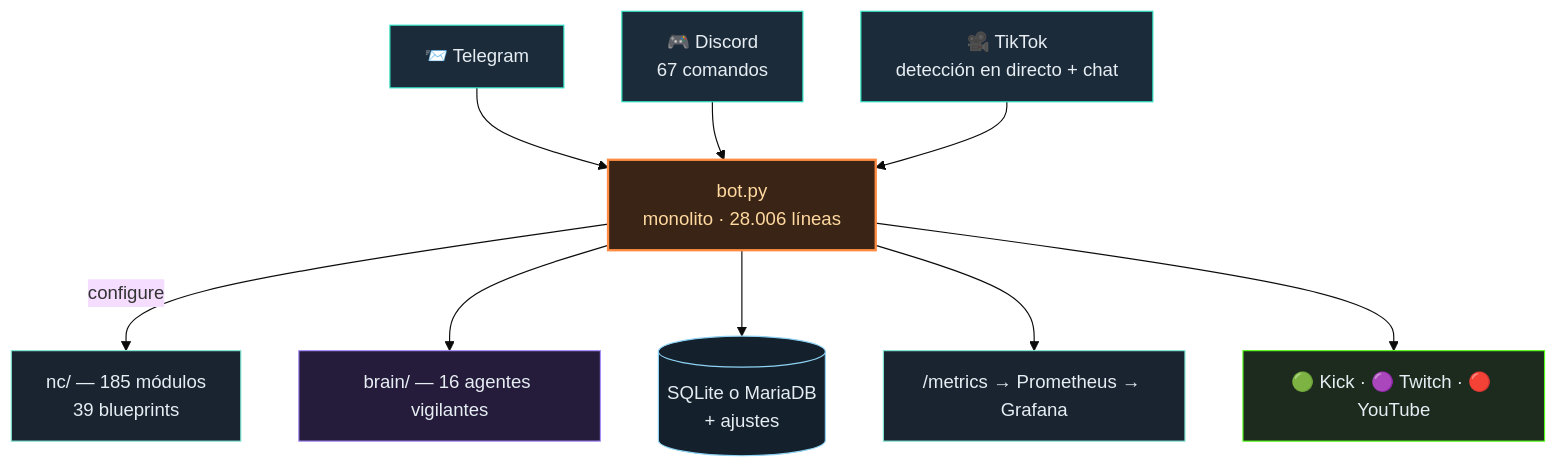
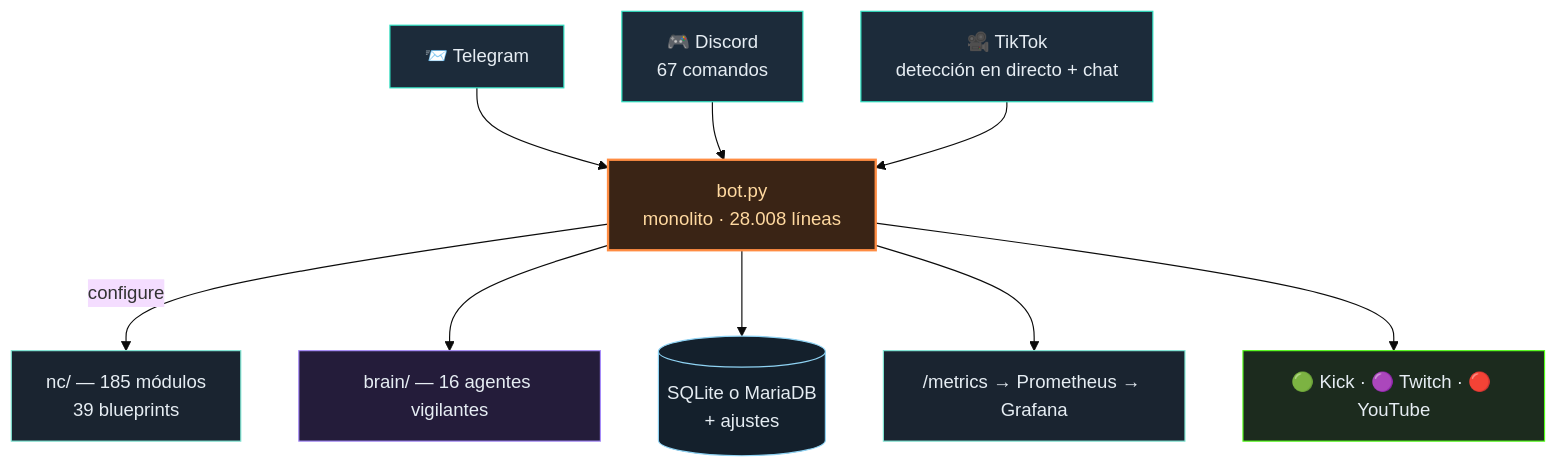
Before and after one commit to itsamemedev/Telegram-Stream-Info-Bot: the diagram in README.es.md, drawn with Mermaid (base theme). The commit also changed 11 other files, not shown here.

````diff
--- a/README.es.md
+++ b/README.es.md
@@ -64,18 +64,18 @@
 ```mermaid
 flowchart TB
     TG["📨 Telegram"]:::ein --> BOT
     DC["🎮 Discord<br/>67 comandos"]:::ein --> BOT
     TT["🎥 TikTok<br/>detección en directo + chat"]:::ein --> BOT
-    BOT["bot.py<br/>monolito · 28.006 líneas"]:::core
+    BOT["bot.py<br/>monolito · 28.008 líneas"]:::core
     BOT -->|configure| NC["nc/ — 185 módulos<br/>39 blueprints"]:::lib
     BOT --> BRAIN["brain/ — 16 agentes vigilantes"]:::brain
     BOT --> DB[("SQLite o MariaDB<br/>+ ajustes")]:::db
     BOT --> PROM["/metrics → Prometheus → Grafana"]:::lib
     BOT --> OUT["🟢 Kick · 🟣 Twitch · 🔴 YouTube"]:::out
     classDef ein fill:#1c2b3a,stroke:#2de1c2,color:#e6edf3
     classDef core fill:#3a2415,stroke:#ff8c42,stroke-width:2px,color:#ffd9a0
     classDef lib fill:#1a2430,stroke:#7fe7d4,color:#e6edf3
     classDef brain fill:#241c3a,stroke:#a78bfa,color:#e6edf3
     classDef db fill:#14202c,stroke:#8fd3f4,color:#e6edf3
     classDef out fill:#1c2b1e,stroke:#53fc18,color:#e6edf3
 ```
````
